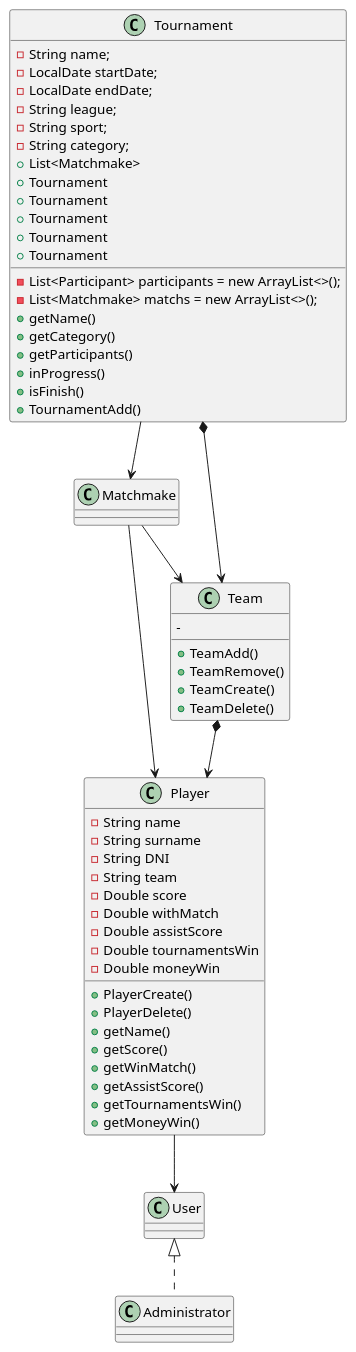
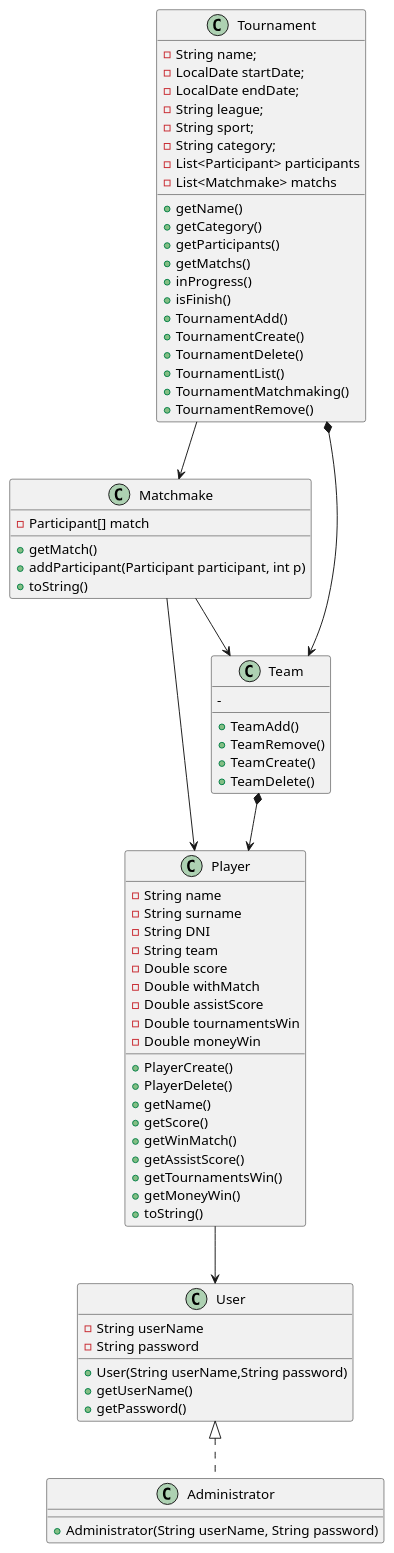
The diagram in src/Class Diagram.puml (CarrotAsh/SportsManagement), drawn with PlantUML before and after one commit.

```diff
--- a/src/Class Diagram.puml
+++ b/src/Class Diagram.puml
@@ -1,77 +1,84 @@
 @startuml
 
 class Tournament{
     - String name;
     - LocalDate startDate;
     - LocalDate endDate;
     - String league;
     - String sport;
     - String category;
-    - List<Participant> participants = new ArrayList<>();
-    - List<Matchmake> matchs = new ArrayList<>();
+    - List<Participant> participants
+    - List<Matchmake> matchs
     + getName()
     + getCategory()
     + getParticipants()
-    + List<Matchmake>
+    + getMatchs()
     + inProgress()
     + isFinish()
     + TournamentAdd()
-    + Tournament
-    + Tournament
-    + Tournament
-    + Tournament
-    + Tournament
+    + TournamentCreate()
+    + TournamentDelete()
+    + TournamentList()
+    + TournamentMatchmaking()
+    + TournamentRemove()
 }
 
 class Player{
    - String name
    - String surname
    - String DNI
    - String team
    - Double score
    - Double withMatch
    - Double assistScore
    - Double tournamentsWin
    - Double moneyWin
    + PlayerCreate()
    + PlayerDelete()
    + getName()
    + getScore()
    + getWinMatch()
    + getAssistScore()
    + getTournamentsWin()
    + getMoneyWin()
+   + toString()
 }
 
 class Matchmake{
-
+    - Participant[] match
+    + getMatch()
+    + addParticipant(Participant participant, int p)
+    + toString()
 
 }
 
 class Team{
     + TeamAdd()
     + TeamRemove()
     + TeamCreate()
     + TeamDelete()
     -
 }
 
 class User{
-
-
+    - String userName
+    - String password
+    + User(String userName,String password)
+    + getUserName()
+    + getPassword()
 }
 
 class Administrator{
-
+    + Administrator(String userName, String password)
 
 }
 
 Tournament *-down-> Team
 Team *-down-> Player
 Player -down-> User
 Tournament -down-> Matchmake
 Matchmake -down-> Team
 Matchmake -down-> Player
 User <|.down. Administrator
 
 @enduml
```
